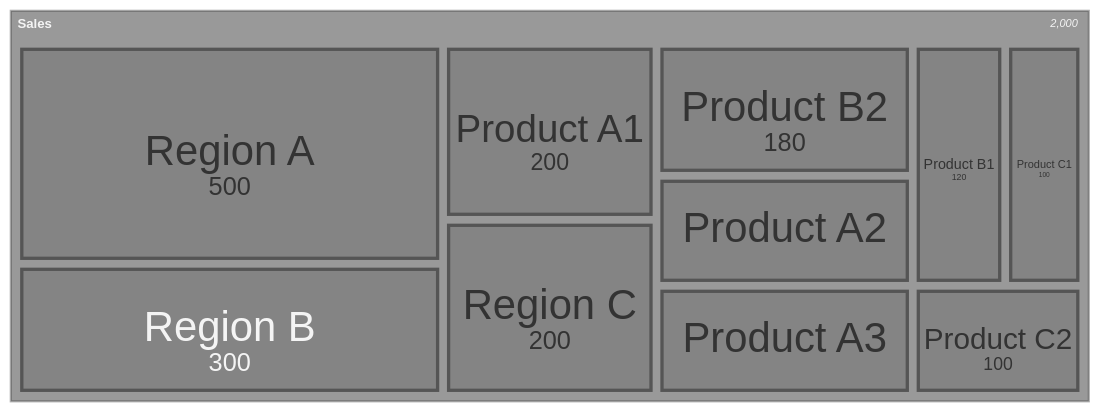
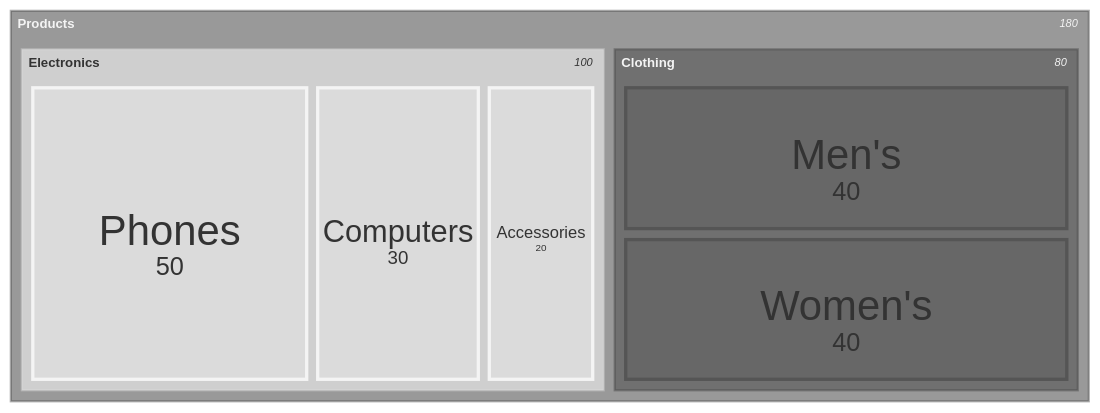
The second of 9 diagrams in skills/mermaid/examples/treemap.md (teachingai/full-stack-skills), drawn with Mermaid (neutral theme) before and after one commit. The commit also changed other lines of this file and 21 other files, not shown here.

First line of the commit message:
docs(mermaid): 更新架构、块、C4和类图示例文档

````diff
--- a/skills/mermaid/examples/treemap.md
+++ b/skills/mermaid/examples/treemap.md
@@ -35,14 +37,11 @@
 ```mermaid
 treemap-beta
-"Sales"
-    "Region A": 500
-        "Product A1": 200
-        "Product A2": 150
-        "Product A3": 150
-    "Region B": 300
-        "Product B1": 120
-        "Product B2": 180
-    "Region C": 200
-        "Product C1": 100
-        "Product C2": 100
+"Products"
+    "Electronics"
+        "Phones": 50
+        "Computers": 30
+        "Accessories": 20
+    "Clothing"
+        "Men's": 40
+        "Women's": 40
 ```
````
